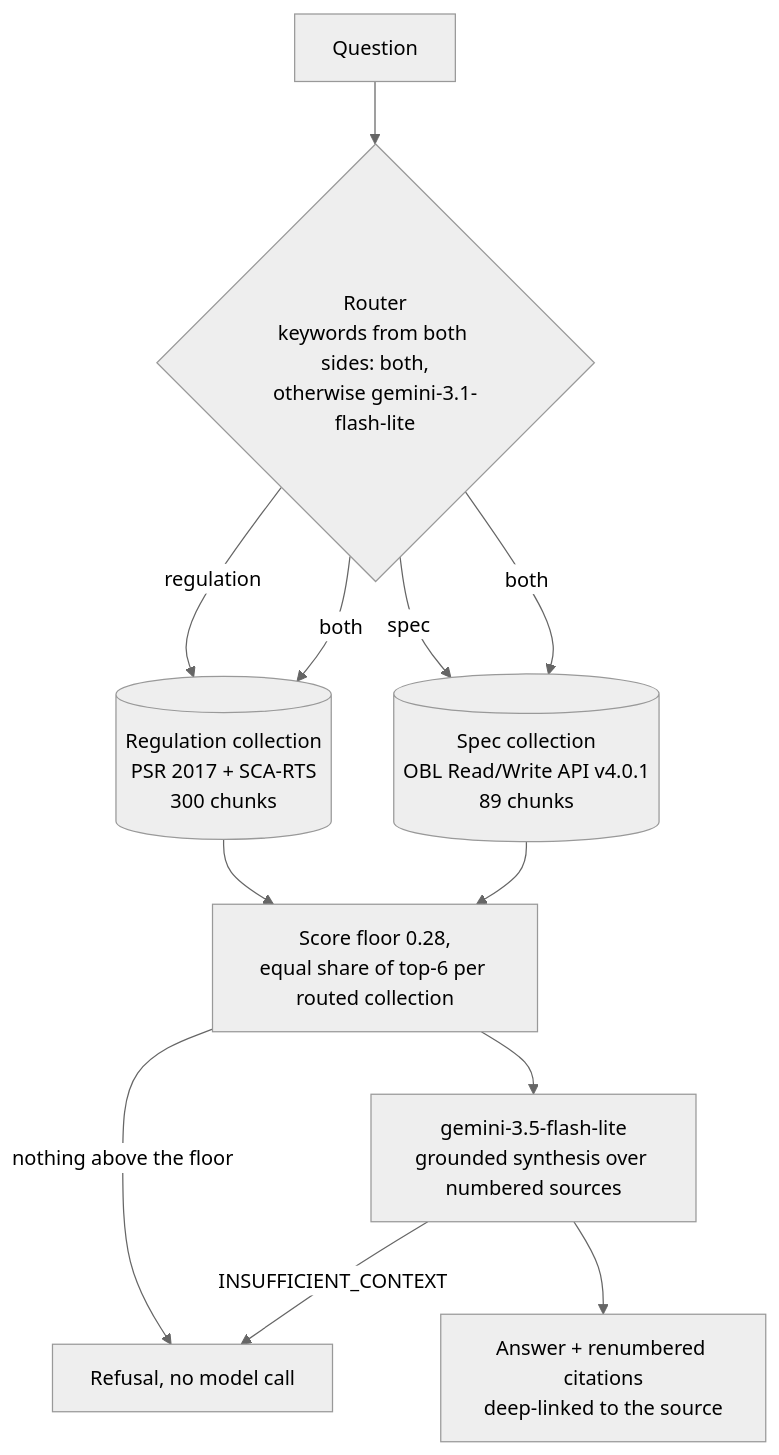
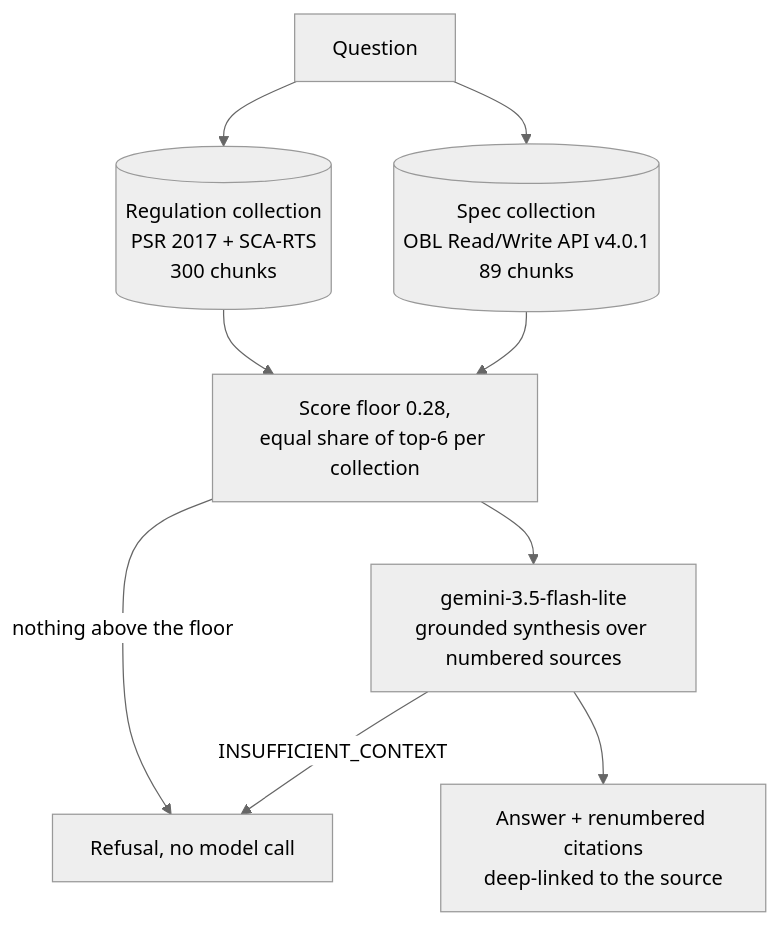
Before and after one commit to rochak779/open-banking-rag: the diagram in docs/architecture.md, drawn with Mermaid (neutral theme). The commit also changed other lines of this file and 10 other files, not shown here.

````diff
--- a/docs/architecture.md
+++ b/docs/architecture.md
@@ -3,14 +3,11 @@
 ```mermaid
 flowchart TD
-    Q[Question] --> R{Router<br/>keywords from both sides: both,<br/>otherwise gemini-3.1-flash-lite}
-    R -->|regulation| RC[(Regulation collection<br/>PSR 2017 + SCA-RTS<br/>300 chunks)]
-    R -->|spec| SC[(Spec collection<br/>OBL Read/Write API v4.0.1<br/>89 chunks)]
-    R -->|both| RC
-    R -->|both| SC
-    RC --> M[Score floor 0.28,<br/>equal share of top-6 per routed collection]
+    Q[Question] --> RC[(Regulation collection<br/>PSR 2017 + SCA-RTS<br/>300 chunks)]
+    Q --> SC[(Spec collection<br/>OBL Read/Write API v4.0.1<br/>89 chunks)]
+    RC --> M[Score floor 0.28,<br/>equal share of top-6 per collection]
     SC --> M
     M -->|nothing above the floor| X[Refusal, no model call]
     M --> G[gemini-3.5-flash-lite<br/>grounded synthesis over numbered sources]
     G --> A[Answer + renumbered citations<br/>deep-linked to the source]
     G -->|INSUFFICIENT_CONTEXT| X
 ```
````
